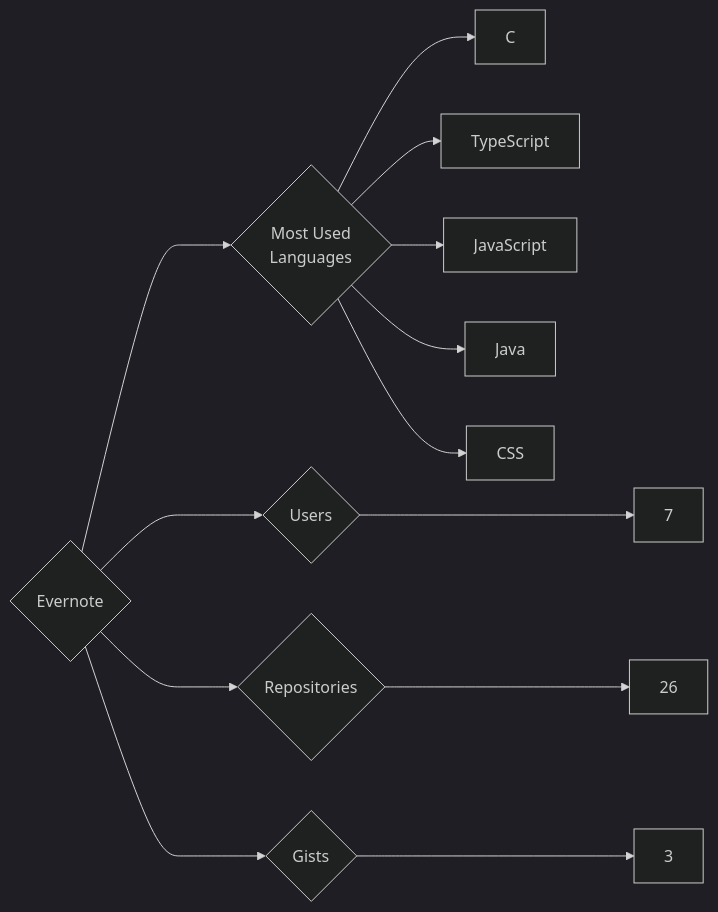
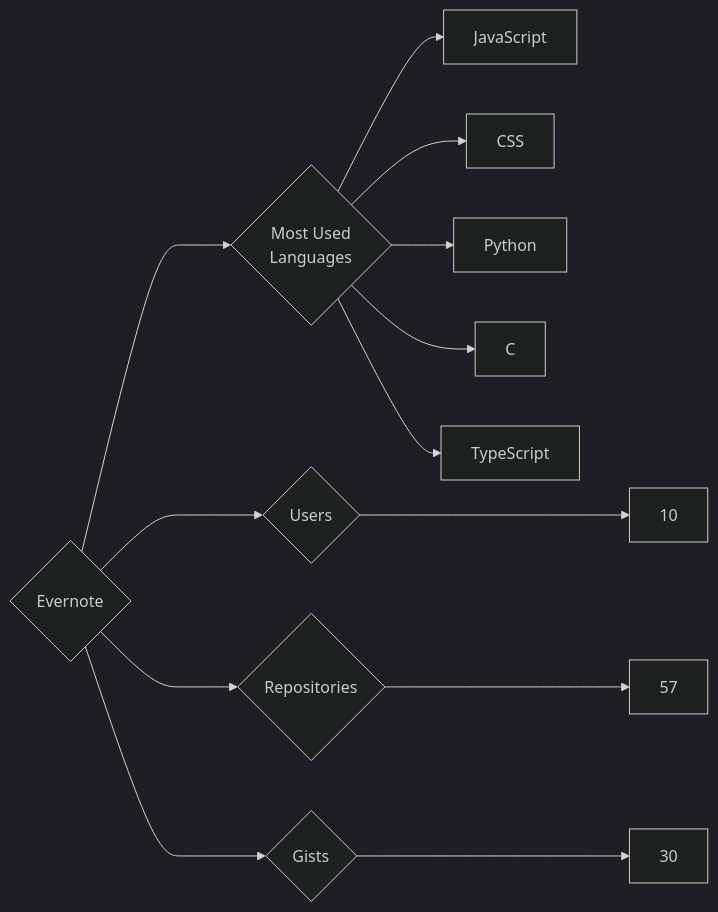
One commit to trickest/insiders changed the diagram in targets/Evernote/README.md. Above: the diagram before and after it, drawn with Mermaid (dark theme). The commit also changed 1092 other files, not shown here.

````diff
--- a/targets/Evernote/README.md
+++ b/targets/Evernote/README.md
@@ -3,13 +3,13 @@
 ```mermaid
 graph LR
 COMPANY_NAME{Evernote}
-COMPANY_NAME ---> U{Users} ---> UN[7]
-COMPANY_NAME ---> R{Repositories} ---> RN[26]
-COMPANY_NAME ---> G{Gists} ---> GN[3]
+COMPANY_NAME ---> U{Users} ---> UN[10]
+COMPANY_NAME ---> R{Repositories} ---> RN[57]
+COMPANY_NAME ---> G{Gists} ---> GN[30]
 COMPANY_NAME ---> ML{Most Used<br>Languages}
+ML --> JavaScript[JavaScript]
+ML --> CSS[CSS]
+ML --> Python[Python]
 ML --> C[C]
 ML --> TypeScript[TypeScript]
-ML --> JavaScript[JavaScript]
-ML --> Java[Java]
-ML --> CSS[CSS]
 ```
````
